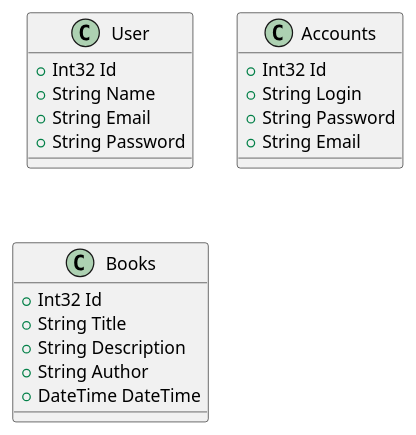
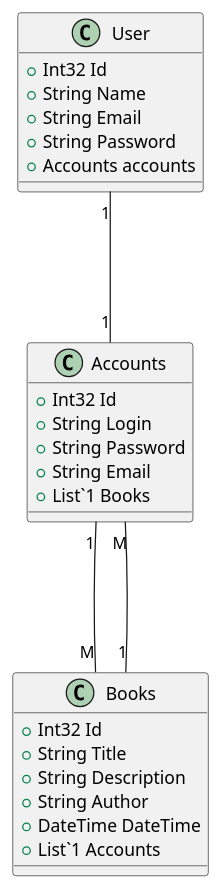
The diagram in GeneratorUML/GeneratedUML/ErDiagramm.puml (Dementiy420/CLIGeneratorUML), drawn with PlantUML before and after one commit. The commit also changed 5 other files, not shown here.

```diff
--- a/GeneratorUML/GeneratedUML/ErDiagramm.puml
+++ b/GeneratorUML/GeneratedUML/ErDiagramm.puml
@@ -1,24 +1,30 @@
 @startuml
 class User{
 +Int32 Id
 +String Name
 +String Email
 +String Password
++Accounts accounts
 }
 
+User "1" --- "1" Accounts
 class Accounts{
 +Int32 Id
 +String Login
 +String Password
 +String Email
++List`1 Books
 }
 
+Accounts "1" --- "M" Books
 class Books{
 +Int32 Id
 +String Title
 +String Description
 +String Author
 +DateTime DateTime
++List`1 Accounts
 }
 
+Books "1" --- "M" Accounts
 @enduml
```
